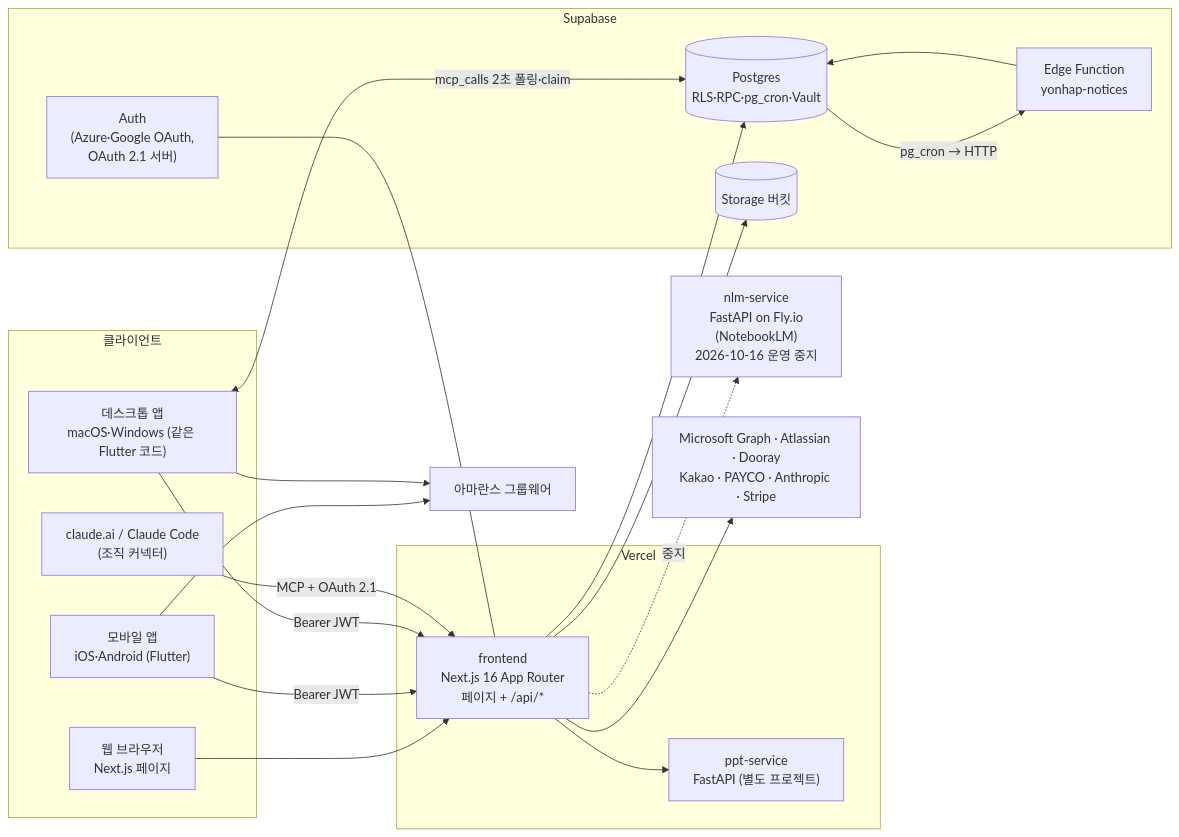
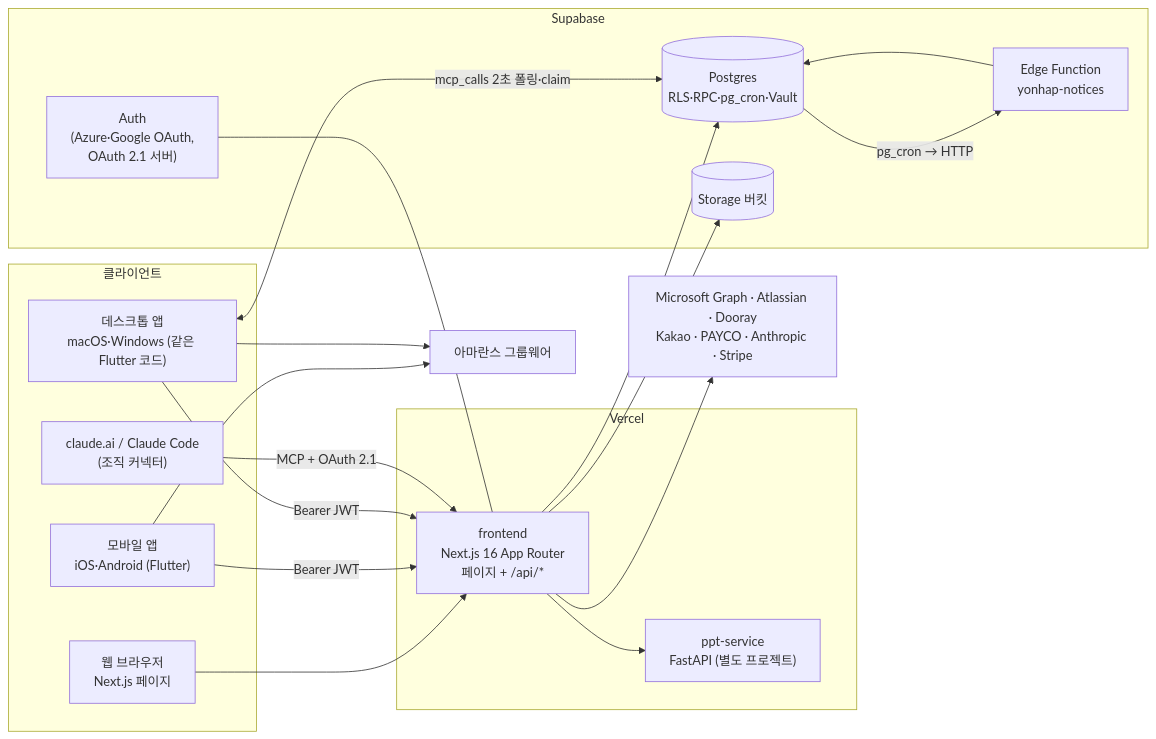
The first of 6 diagrams in docs/architecture.md (abraxas73/inje-playground), drawn with Mermaid before and after one commit. The commit also changed other lines of this file and 17 other files, not shown here.

````diff
--- a/docs/architecture.md
+++ b/docs/architecture.md
@@ -40,41 +40,39 @@
 ```mermaid
 flowchart LR
   subgraph Clients["클라이언트"]
     WEB["웹 브라우저<br/>Next.js 페이지"]
     APP["모바일 앱<br/>iOS·Android (Flutter)"]
     DESK["데스크톱 앱<br/>macOS·Windows (같은 Flutter 코드)"]
     CLAUDE["claude.ai / Claude Code<br/>(조직 커넥터)"]
   end
 
   subgraph Vercel["Vercel"]
     FE["frontend<br/>Next.js 16 App Router<br/>페이지 + /api/*"]
     PPT["ppt-service<br/>FastAPI (별도 프로젝트)"]
   end
 
   subgraph Supa["Supabase"]
     DB[("Postgres<br/>RLS·RPC·pg_cron·Vault")]
     AUTH["Auth<br/>(Azure·Google OAuth,<br/>OAuth 2.1 서버)"]
     ST[("Storage 버킷")]
     EF["Edge Function<br/>yonhap-notices"]
   end
 
-  FLY["nlm-service<br/>FastAPI on Fly.io<br/>(NotebookLM)<br/>2026-10-16 운영 중지"]
   GW["아마란스 그룹웨어"]
   EXT["Microsoft Graph · Atlassian · Dooray<br/>Kakao · PAYCO · Anthropic · Stripe"]
 
   WEB --> FE
   APP -->|"Bearer JWT"| FE
   DESK -->|"Bearer JWT"| FE
   CLAUDE -->|"MCP + OAuth 2.1"| FE
   APP --> GW
   DESK --> GW
   DESK <-->|"mcp_calls 2초 폴링·claim"| DB
   FE --> DB
   FE --> ST
   FE --> PPT
-  FE -.->|"중지"| FLY
   FE --> EXT
   AUTH --- FE
   EF --> DB
   DB -->|"pg_cron → HTTP"| EF
 ```
````
